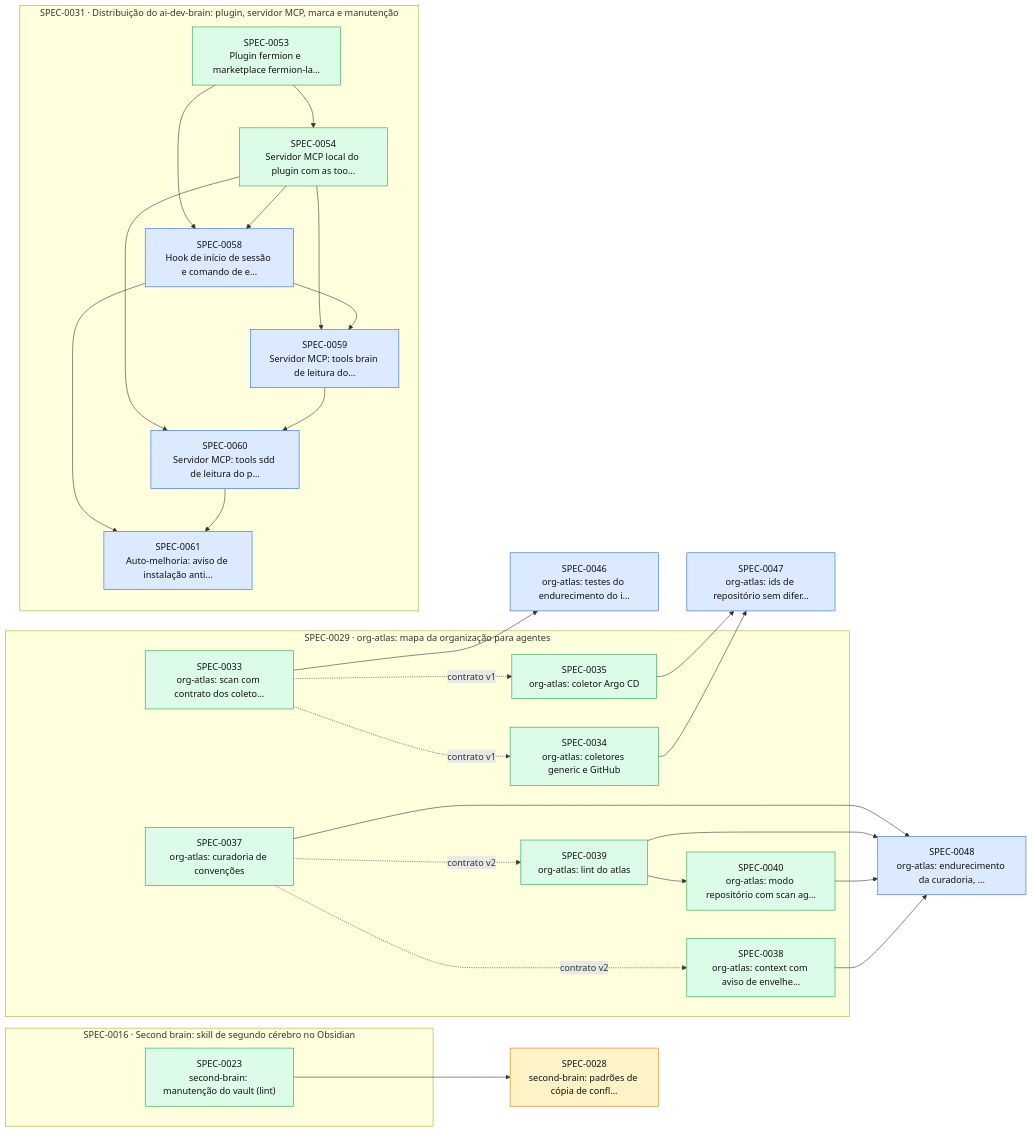
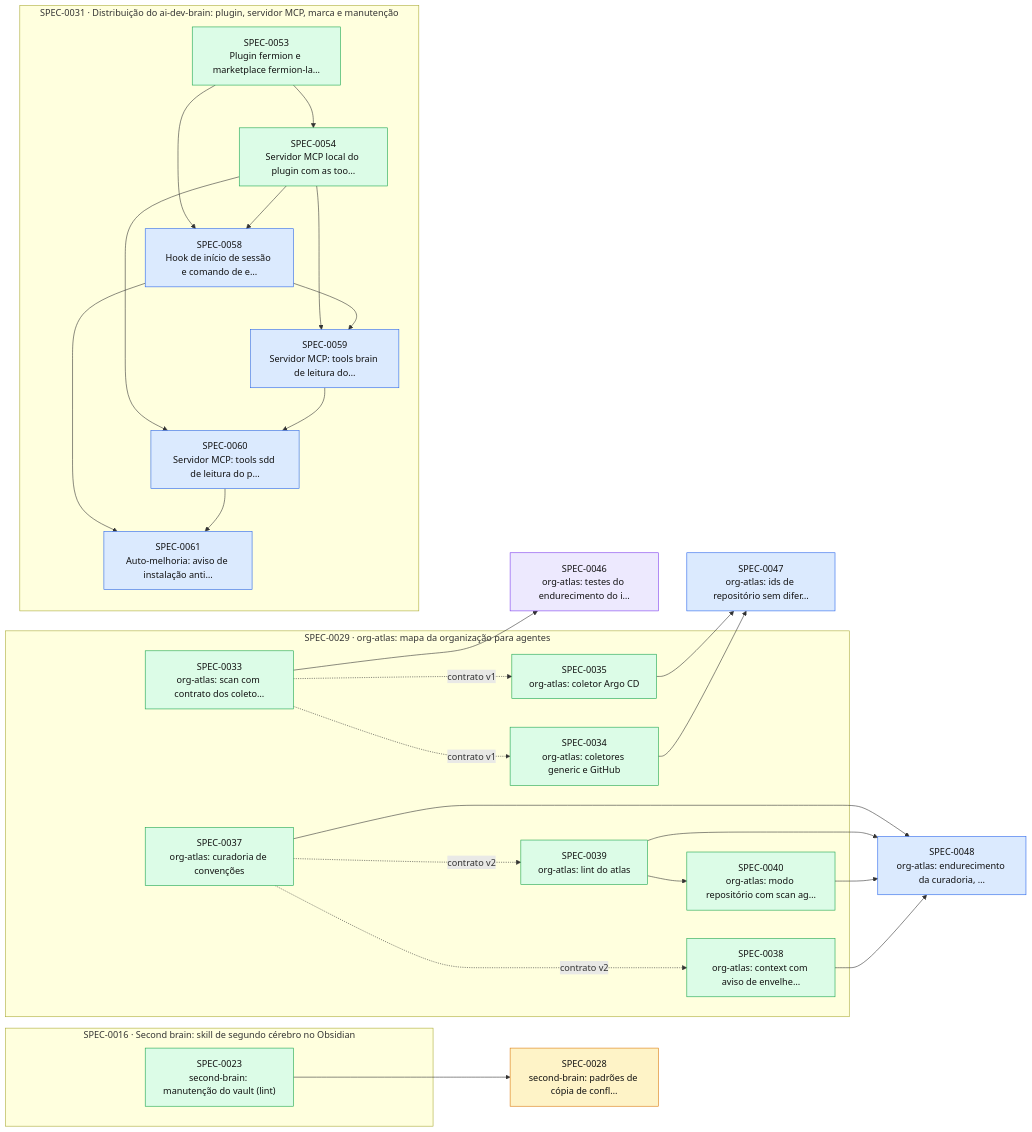
The diagram in docs/specs/INDEX.md (thomasravache/ai-dev-brain), drawn with Mermaid before and after one commit. The commit also changed other lines of this file and 1 other file, not shown here.

First line of the commit message:
docs(specs): PLAN da SPEC-0046

````diff
--- a/docs/specs/INDEX.md
+++ b/docs/specs/INDEX.md
@@ -55,54 +55,54 @@
 ```mermaid
 flowchart LR
   S0028["SPEC-0028<br/>second-brain: padrões de cópia de confl…"]:::proposed
-  S0046["SPEC-0046<br/>org-atlas: testes do endurecimento do i…"]:::approved
+  S0046["SPEC-0046<br/>org-atlas: testes do endurecimento do i…"]:::inprogress
   S0047["SPEC-0047<br/>org-atlas: ids de repositório sem difer…"]:::approved
   S0048["SPEC-0048<br/>org-atlas: endurecimento da curadoria, …"]:::approved
   subgraph E0016["SPEC-0016 · Second brain: skill de segundo cérebro no Obsidian"]
     S0023["SPEC-0023<br/>second-brain: manutenção do vault (lint)"]:::implemented
   end
   subgraph E0029["SPEC-0029 · org-atlas: mapa da organização para agentes"]
     S0033["SPEC-0033<br/>org-atlas: scan com contrato dos coleto…"]:::implemented
     S0034["SPEC-0034<br/>org-atlas: coletores generic e GitHub"]:::implemented
     S0035["SPEC-0035<br/>org-atlas: coletor Argo CD"]:::implemented
     S0037["SPEC-0037<br/>org-atlas: curadoria de convenções"]:::implemented
     S0038["SPEC-0038<br/>org-atlas: context com aviso de envelhe…"]:::implemented
     S0039["SPEC-0039<br/>org-atlas: lint do atlas"]:::implemented
     S0040["SPEC-0040<br/>org-atlas: modo repositório com scan ag…"]:::implemented
   end
   subgraph E0031["SPEC-0031 · Distribuição do ai-dev-brain: plugin, servidor MCP, marca e manutenção"]
     S0053["SPEC-0053<br/>Plugin fermion e marketplace fermion-la…"]:::implemented
     S0054["SPEC-0054<br/>Servidor MCP local do plugin com as too…"]:::implemented
     S0058["SPEC-0058<br/>Hook de início de sessão e comando de e…"]:::approved
     S0059["SPEC-0059<br/>Servidor MCP: tools brain de leitura do…"]:::approved
     S0060["SPEC-0060<br/>Servidor MCP: tools sdd de leitura do p…"]:::approved
     S0061["SPEC-0061<br/>Auto-melhoria: aviso de instalação anti…"]:::approved
   end
   S0023 --> S0028
   S0033 -. contrato v1 .-> S0034
   S0033 -. contrato v1 .-> S0035
   S0037 -. contrato v2 .-> S0038
   S0037 -. contrato v2 .-> S0039
   S0039 --> S0040
   S0033 --> S0046
   S0034 --> S0047
   S0035 --> S0047
   S0037 --> S0048
   S0038 --> S0048
   S0039 --> S0048
   S0040 --> S0048
   S0053 --> S0054
   S0053 --> S0058
   S0054 --> S0058
   S0054 --> S0059
   S0058 --> S0059
   S0054 --> S0060
   S0059 --> S0060
   S0058 --> S0061
   S0060 --> S0061
   classDef proposed fill:#fef3c7,stroke:#d97706,color:#111
   classDef approved fill:#dbeafe,stroke:#2563eb,color:#111
   classDef inprogress fill:#ede9fe,stroke:#7c3aed,color:#111
   classDef implemented fill:#dcfce7,stroke:#16a34a,color:#111
   classDef deprecated fill:#f3f4f6,stroke:#9ca3af,color:#6b7280
 ```
````
